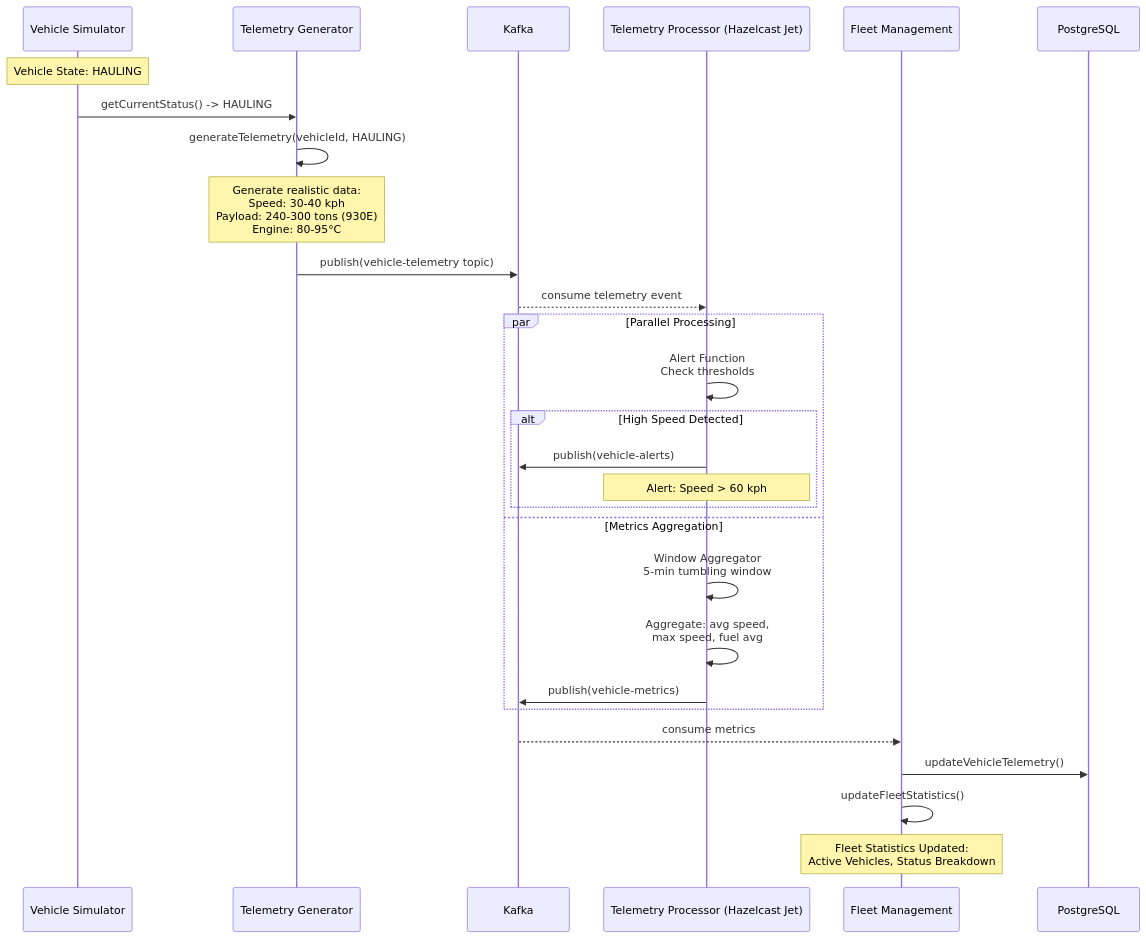
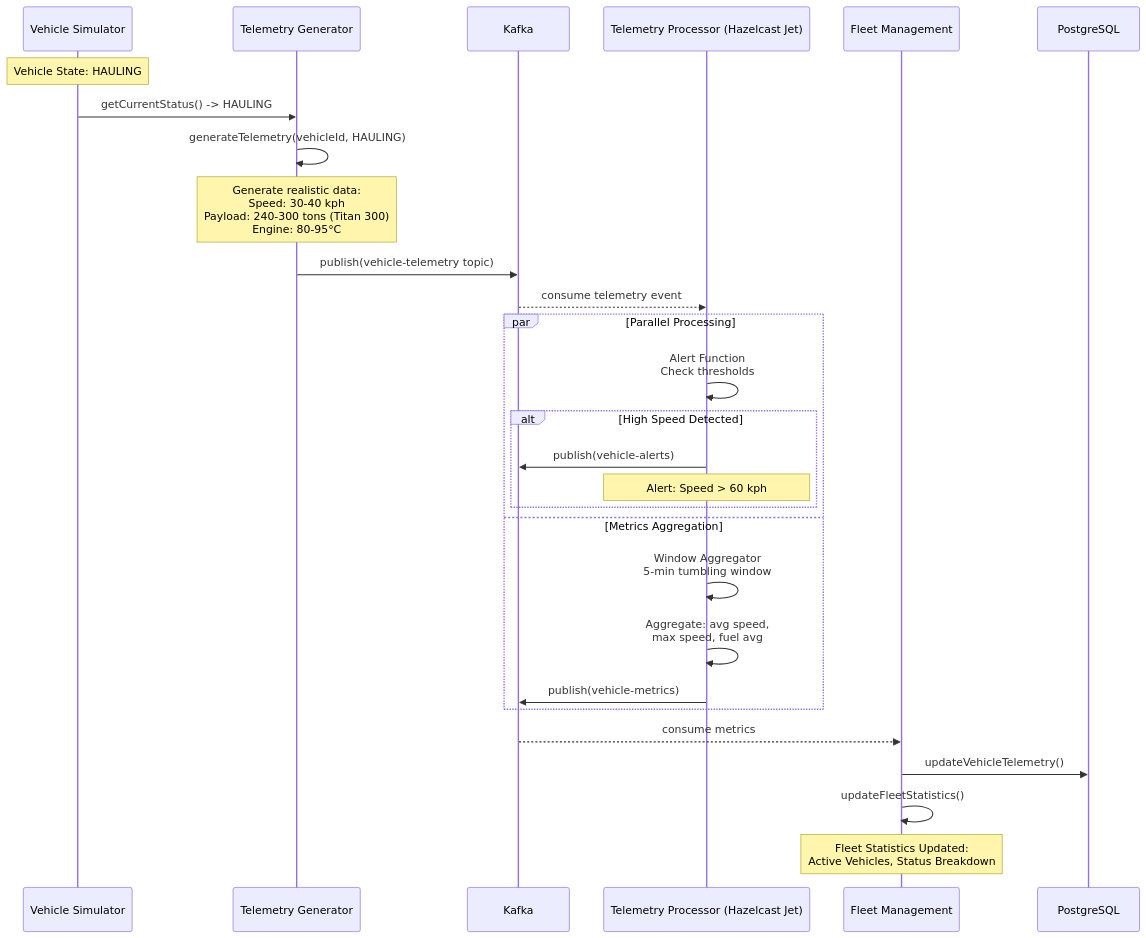
Before and after one commit to Shallako/ShuzAHS: the second of 18 diagrams in DIAGRAMS.md, drawn with Mermaid. The commit also changed other lines of this file and 33 other files, not shown here.

````diff
--- a/DIAGRAMS.md
+++ b/DIAGRAMS.md
@@ -91,36 +91,36 @@
 ```mermaid
 sequenceDiagram
     participant VS as Vehicle Simulator
     participant TDG as Telemetry Generator
     participant K as Kafka
     participant F as Telemetry Processor (Hazelcast Jet)
     participant FM as Fleet Management
     participant DB as PostgreSQL
     
     Note over VS: Vehicle State: HAULING
     VS->>TDG: getCurrentStatus() -> HAULING
     TDG->>TDG: generateTelemetry(vehicleId, HAULING)
     
-    Note over TDG: Generate realistic data:<br/>Speed: 30-40 kph<br/>Payload: 240-300 tons (930E)<br/>Engine: 80-95°C
+    Note over TDG: Generate realistic data:<br/>Speed: 30-40 kph<br/>Payload: 240-300 tons (Titan 300)<br/>Engine: 80-95°C
     
     TDG->>K: publish(vehicle-telemetry topic)
     K-->>F: consume telemetry event
     
     par Parallel Processing
         F->>F: Alert Function<br/>Check thresholds
         alt High Speed Detected
             F->>K: publish(vehicle-alerts)
             Note over F: Alert: Speed > 60 kph
         end
     and Metrics Aggregation
         F->>F: Window Aggregator<br/>5-min tumbling window
         F->>F: Aggregate: avg speed,<br/>max speed, fuel avg
         F->>K: publish(vehicle-metrics)
     end
     
     K-->>FM: consume metrics
     FM->>DB: updateVehicleTelemetry()
     FM->>FM: updateFleetStatistics()
     
     Note over FM: Fleet Statistics Updated:<br/>Active Vehicles, Status Breakdown
 ```
````
